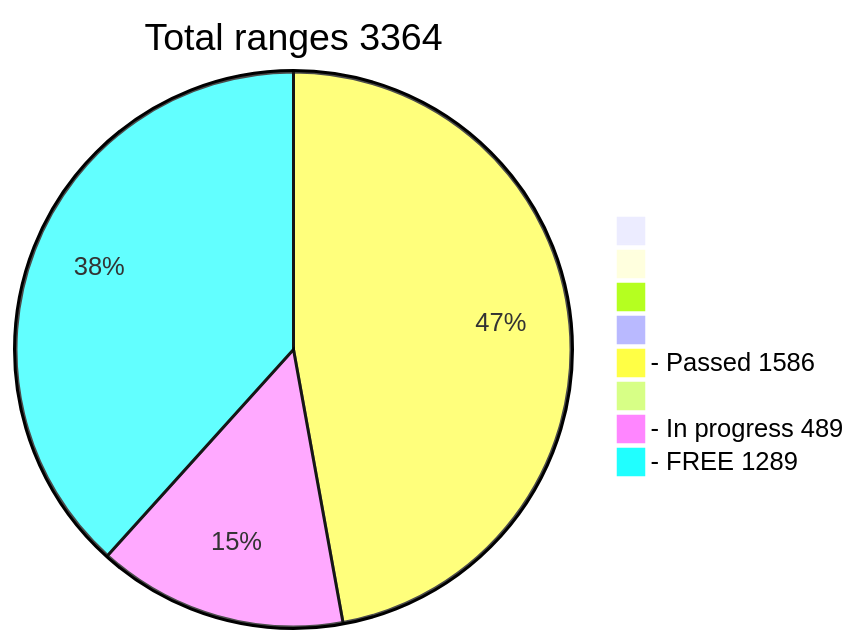
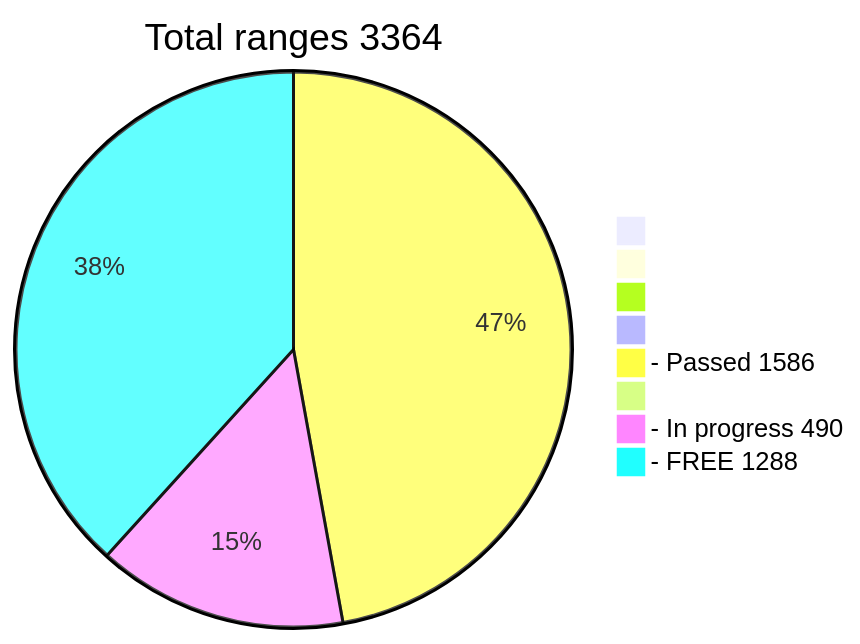
Before and after one commit to phrutis/wif500: the diagram in README.md, drawn with Mermaid.

````diff
--- a/README.md
+++ b/README.md
@@ -16,12 +16,12 @@
 ```mermaid
 pie title Total ranges 3364
              " " : 0
             "  " : 0
            "   " : 0
           "    " : 0
   "- Passed 1586" : 1586
          "     " : 0
-  "- In progress 489" : 489
-   "- FREE 1289" : 1289
+  "- In progress 490" : 490
+   "- FREE 1288" : 1288
    
 ```
````
